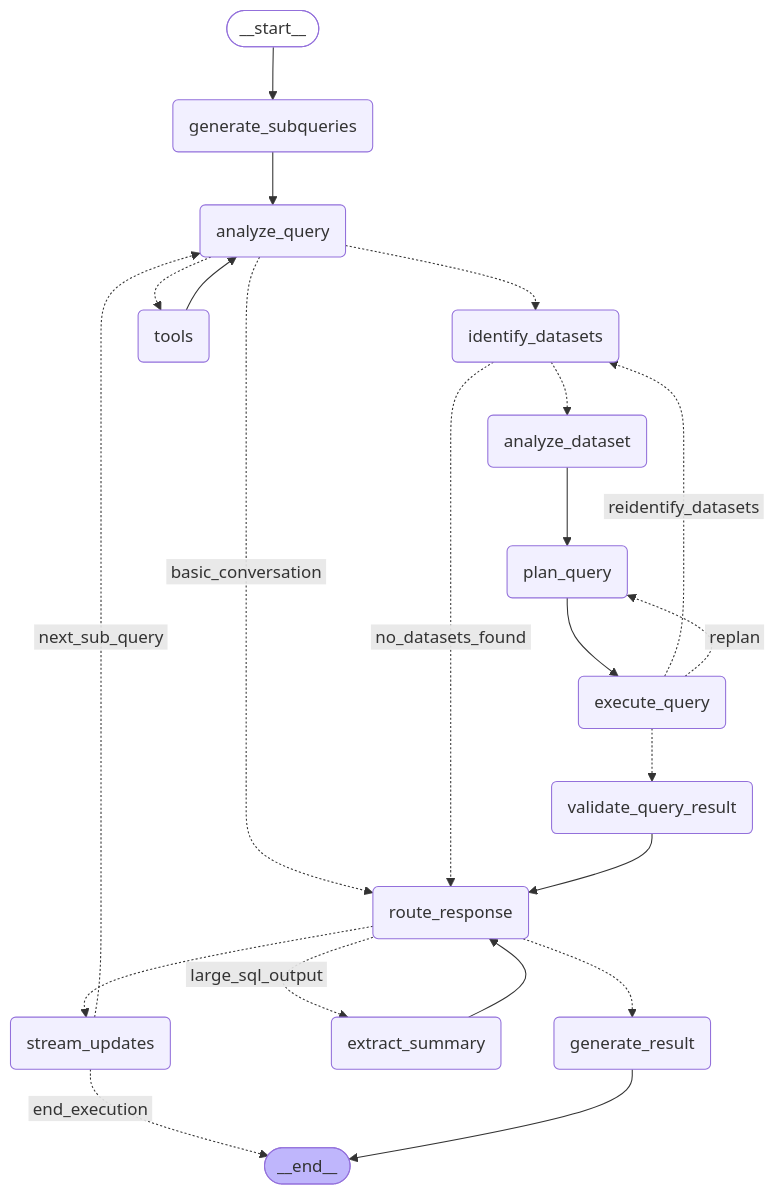
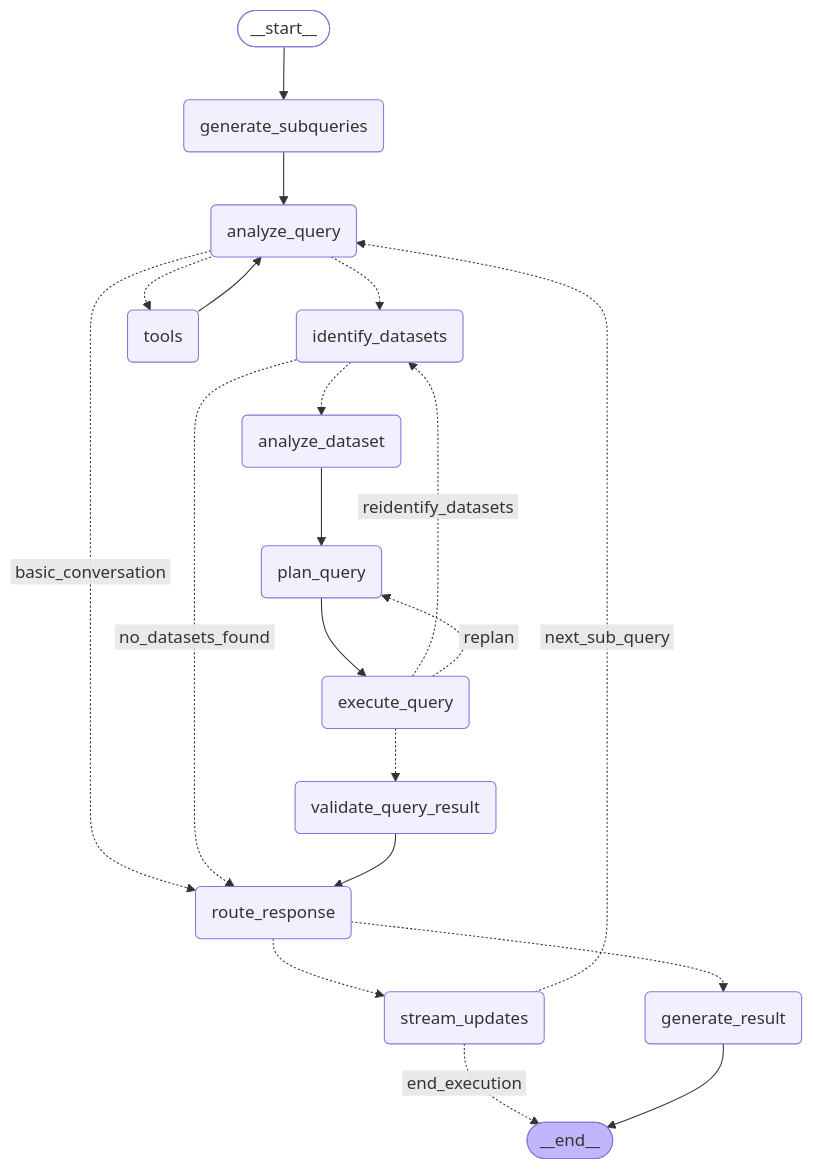
Before and after one commit to factly/gopie: the diagram in chat-server/app/workflow/graph/graph_mermaid/multi_dataset_graph.mmd, drawn with Mermaid. The commit also changed 10 other files, not shown here.

Commit message:
chat-server: remove extract_summary node & summary class

```diff
--- a/chat-server/app/workflow/graph/graph_mermaid/multi_dataset_graph.mmd
+++ b/chat-server/app/workflow/graph/graph_mermaid/multi_dataset_graph.mmd
@@ -1,44 +1,41 @@
 ---
 config:
   flowchart:
     curve: basis
 ---
 graph TD;
 	__start__([<p>__start__</p>]):::first
 	generate_subqueries(generate_subqueries)
 	identify_datasets(identify_datasets)
 	analyze_query(analyze_query)
 	plan_query(plan_query)
 	execute_query(execute_query)
 	generate_result(generate_result)
 	analyze_dataset(analyze_dataset)
 	validate_query_result(validate_query_result)
-	extract_summary(extract_summary)
 	stream_updates(stream_updates)
 	tools(tools)
 	route_response(route_response)
 	__end__([<p>__end__</p>]):::last
 	__start__ --> generate_subqueries;
 	analyze_dataset --> plan_query;
 	analyze_query -.-> identify_datasets;
 	analyze_query -. &nbsp;basic_conversation&nbsp; .-> route_response;
 	analyze_query -.-> tools;
 	execute_query -. &nbsp;reidentify_datasets&nbsp; .-> identify_datasets;
 	execute_query -. &nbsp;replan&nbsp; .-> plan_query;
 	execute_query -.-> validate_query_result;
-	extract_summary --> route_response;
 	generate_subqueries --> analyze_query;
 	identify_datasets -.-> analyze_dataset;
 	identify_datasets -. &nbsp;no_datasets_found&nbsp; .-> route_response;
 	plan_query --> execute_query;
-	route_response -. &nbsp;large_sql_output&nbsp; .-> extract_summary;
 	route_response -.-> generate_result;
 	route_response -.-> stream_updates;
 	stream_updates -. &nbsp;end_execution&nbsp; .-> __end__;
 	stream_updates -. &nbsp;next_sub_query&nbsp; .-> analyze_query;
 	tools --> analyze_query;
 	validate_query_result --> route_response;
 	generate_result --> __end__;
 	classDef default fill:#f2f0ff,line-height:1.2
 	classDef first fill-opacity:0
 	classDef last fill:#bfb6fc
```
